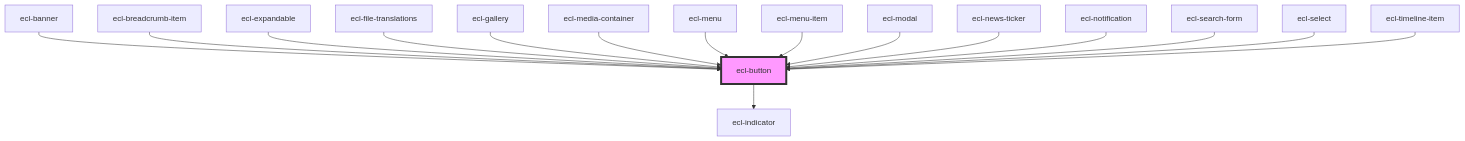
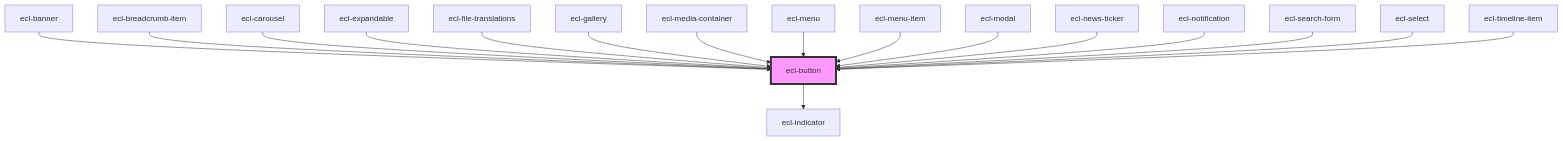
Before and after one commit to ec-europa/ecl-webcomponents: the diagram in src/components/ecl-button/readme.md, drawn with Mermaid. The commit also changed other lines of this file and 15 other files, not shown here.

````diff
--- a/src/components/ecl-button/readme.md
+++ b/src/components/ecl-button/readme.md
@@ -47,19 +48,20 @@
 ```mermaid
 graph TD;
   ecl-button --> ecl-indicator
   ecl-banner --> ecl-button
   ecl-breadcrumb-item --> ecl-button
+  ecl-carousel --> ecl-button
   ecl-expandable --> ecl-button
   ecl-file-translations --> ecl-button
   ecl-gallery --> ecl-button
   ecl-media-container --> ecl-button
   ecl-menu --> ecl-button
   ecl-menu-item --> ecl-button
   ecl-modal --> ecl-button
   ecl-news-ticker --> ecl-button
   ecl-notification --> ecl-button
   ecl-search-form --> ecl-button
   ecl-select --> ecl-button
   ecl-timeline-item --> ecl-button
   style ecl-button fill:#f9f,stroke:#333,stroke-width:4px
 ```
````
